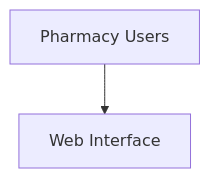
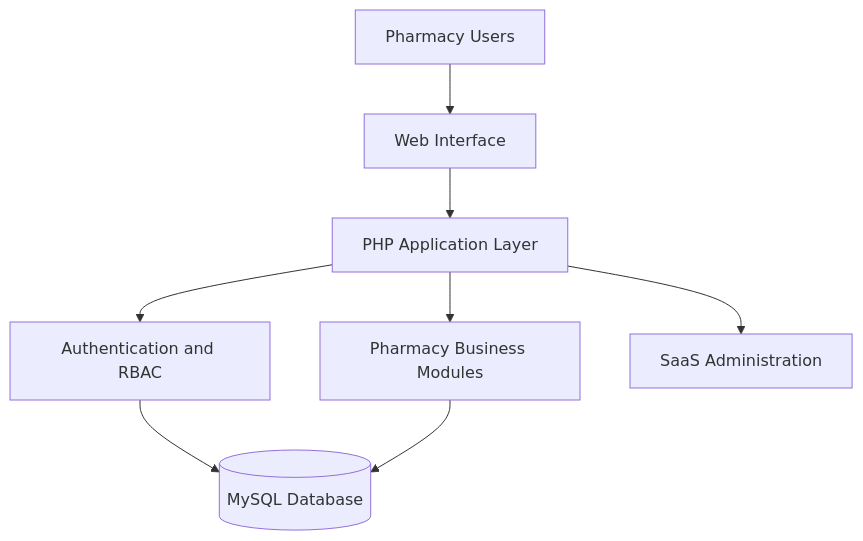
Before and after one commit to YUET-944/YUET-944: the diagram in README.md, drawn with Mermaid. The commit also changed other lines of this file, not shown here.

````diff
--- a/README.md
+++ b/README.md
@@ -185,4 +185,10 @@
 ```mermaid
 flowchart TD
     U["Pharmacy Users"] --> UI["Web Interface"]
+    UI --> APP["PHP Application Layer"]
+    APP --> AUTH["Authentication and RBAC"]
+    APP --> BIZ["Pharmacy Business Modules"]
+    AUTH --> DB[("MySQL Database")]
+    BIZ --> DB
+    APP --> SA["SaaS Administration"]
 ```
````
